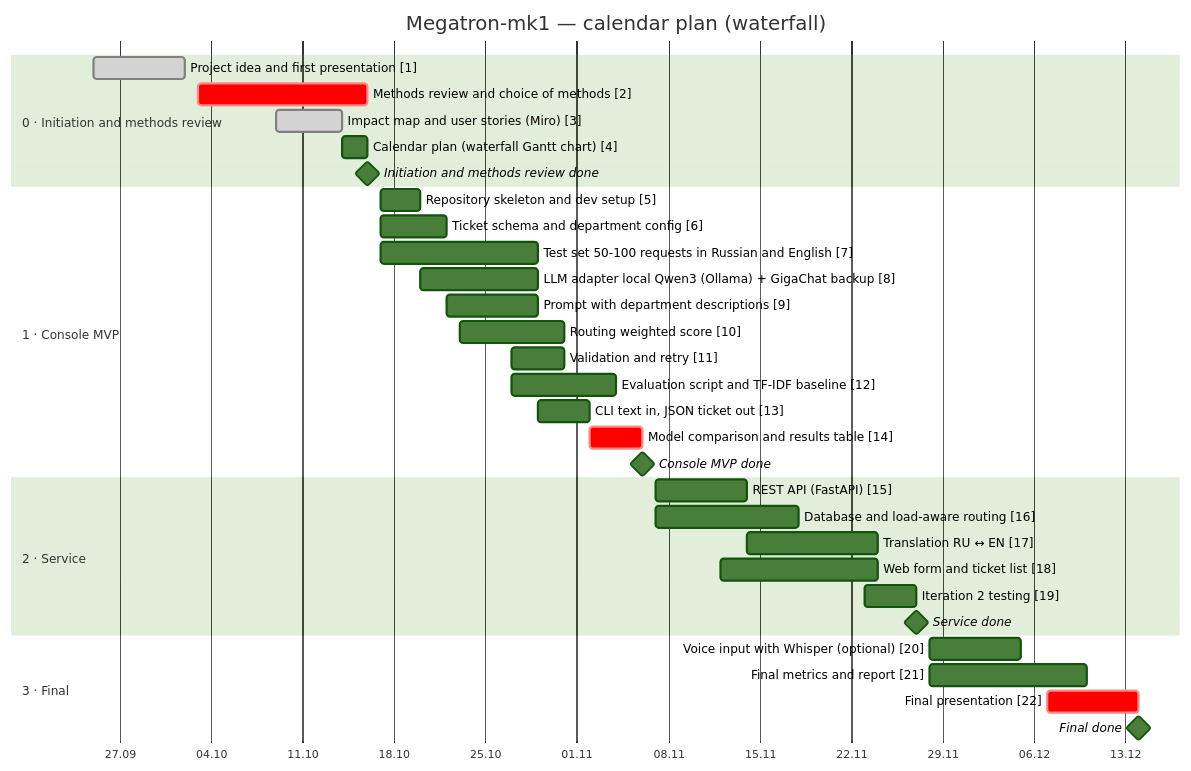
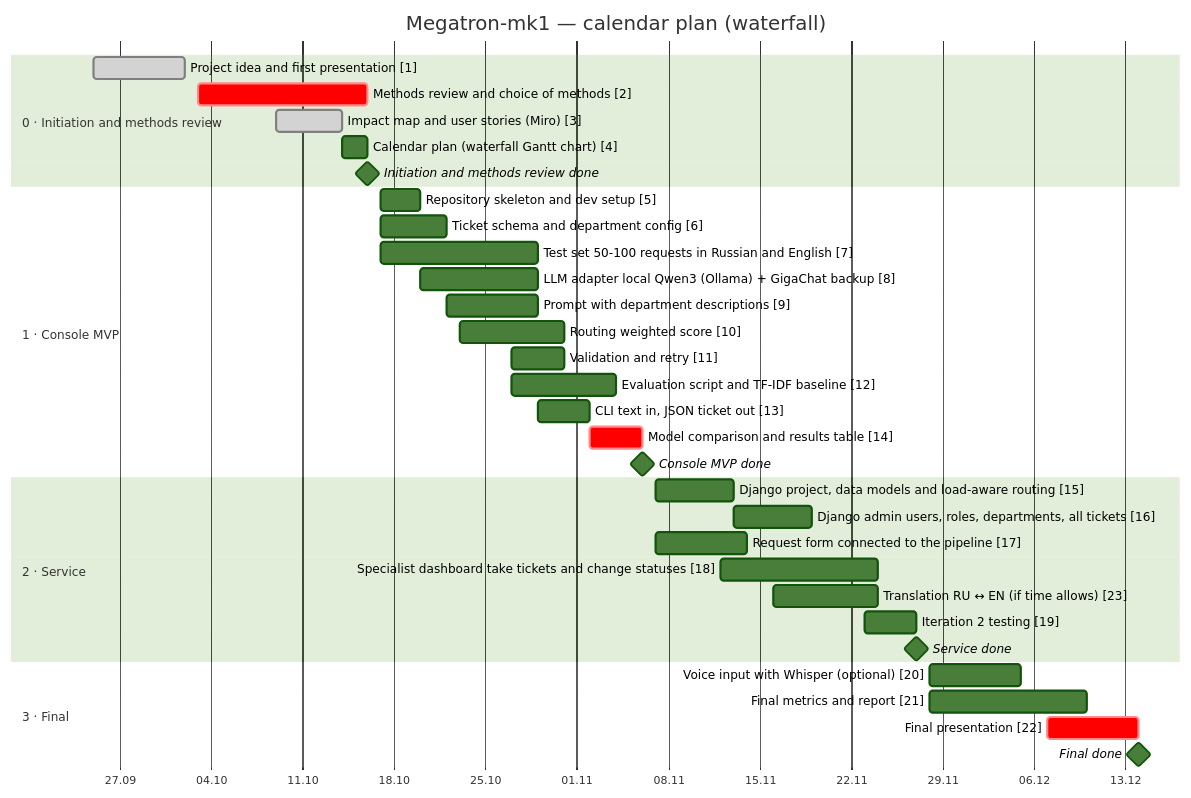
The diagram in README.md (Leenday/support_megatron_mk1), drawn with Mermaid (forest theme) before and after one commit. The commit also changed other lines of this file, not shown here.

Commit message:
Update calendar plan: Django service in iteration 2

````diff
--- a/README.md
+++ b/README.md
@@ -15,37 +15,38 @@
 ```mermaid
 gantt
     title Megatron-mk1 — calendar plan (waterfall)
     dateFormat YYYY-MM-DD
     axisFormat %d.%m
     todayMarker on
     section 0 · Initiation and methods review
     Project idea and first presentation [1] :done, t1, 2026-09-25, 2026-10-02
     Methods review and choice of methods [2] :crit, t2, 2026-10-03, 2026-10-16
     Impact map and user stories (Miro) [3] :done, t3, 2026-10-09, 2026-10-14
     Calendar plan (waterfall Gantt chart) [4] :t4, 2026-10-14, 2026-10-16
     Initiation and methods review done :milestone, m0, 2026-10-16, 0d
     section 1 · Console MVP
     Repository skeleton and dev setup [5] :t5, 2026-10-17, 2026-10-20
     Ticket schema and department config [6] :t6, 2026-10-17, 2026-10-22
     Test set 50-100 requests in Russian and English [7] :t7, 2026-10-17, 2026-10-29
     LLM adapter local Qwen3 (Ollama) + GigaChat backup [8] :t8, 2026-10-20, 2026-10-29
     Prompt with department descriptions [9] :t9, 2026-10-22, 2026-10-29
     Routing weighted score [10] :t10, 2026-10-23, 2026-10-31
     Validation and retry [11] :t11, 2026-10-27, 2026-10-31
     Evaluation script and TF-IDF baseline [12] :t12, 2026-10-27, 2026-11-04
     CLI text in, JSON ticket out [13] :t13, 2026-10-29, 2026-11-02
     Model comparison and results table [14] :crit, t14, 2026-11-02, 2026-11-06
     Console MVP done :milestone, m1, 2026-11-06, 0d
     section 2 · Service
-    REST API (FastAPI) [15] :t15, 2026-11-07, 2026-11-14
-    Database and load-aware routing [16] :t16, 2026-11-07, 2026-11-18
-    Translation RU ↔ EN [17] :t17, 2026-11-14, 2026-11-24
-    Web form and ticket list [18] :t18, 2026-11-12, 2026-11-24
+    Django project, data models and load-aware routing [15] :t15, 2026-11-07, 2026-11-13
+    Django admin users, roles, departments, all tickets [16] :t16, 2026-11-13, 2026-11-19
+    Request form connected to the pipeline [17] :t17, 2026-11-07, 2026-11-14
+    Specialist dashboard take tickets and change statuses [18] :t18, 2026-11-12, 2026-11-24
+    Translation RU ↔ EN (if time allows) [23] :t23, 2026-11-16, 2026-11-24
     Iteration 2 testing [19] :t19, 2026-11-23, 2026-11-27
     Service done :milestone, m2, 2026-11-27, 0d
     section 3 · Final
     Voice input with Whisper (optional) [20] :t20, 2026-11-28, 2026-12-05
     Final metrics and report [21] :t21, 2026-11-28, 2026-12-10
     Final presentation [22] :crit, t22, 2026-12-07, 2026-12-14
     Final done :milestone, m3, 2026-12-14, 0d
 ```
````
